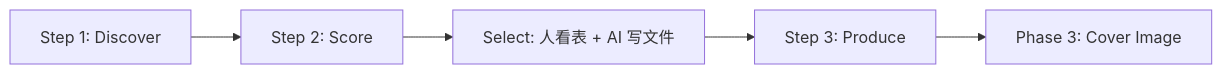
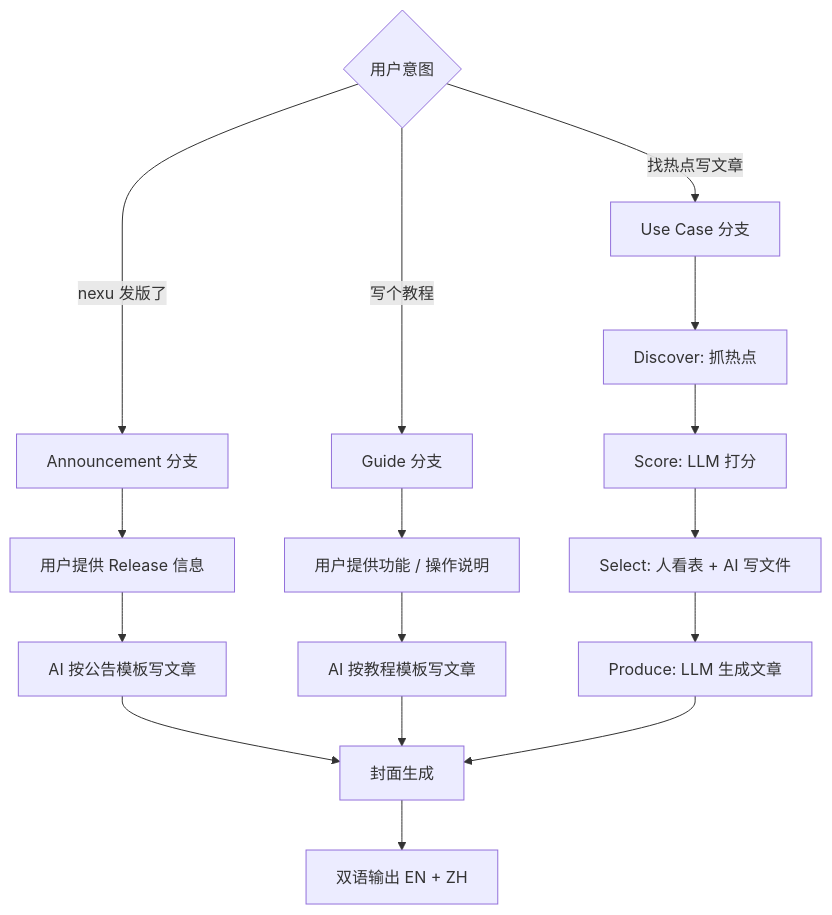
Before and after one commit to ashleyashli/seo-blog-factory: the second of 4 diagrams in .cursor/skills/blog-factory/SKILL.md, drawn with Mermaid. The commit also changed other lines of this file and 2 other files, not shown here.

First line of the commit message:
Add three blog type workflows (Announcement / Guide / Use Case)

````diff
--- a/.cursor/skills/blog-factory/SKILL.md
+++ b/.cursor/skills/blog-factory/SKILL.md
@@ -157,7 +157,22 @@
 ```mermaid
-graph LR
-    A[Step 1: Discover] --> B[Step 2: Score]
-    B --> C[Select: 人看表 + AI 写文件]
-    C --> D[Step 3: Produce]
-    D --> E[Phase 3: Cover Image]
+graph TD
+    START{用户意图} -->|"nexu 发版了"| ANN[Announcement 分支]
+    START -->|"写个教程"| GUIDE[Guide 分支]
+    START -->|"找热点写文章"| UC[Use Case 分支]
+
+    ANN --> ANN1[用户提供 Release 信息]
+    ANN1 --> ANN2[AI 按公告模板写文章]
+    ANN2 --> COVER[封面生成]
+
+    GUIDE --> G1[用户提供功能 / 操作说明]
+    G1 --> G2[AI 按教程模板写文章]
+    G2 --> COVER
+
+    UC --> UC1[Discover: 抓热点]
+    UC1 --> UC2[Score: LLM 打分]
+    UC2 --> UC3[Select: 人看表 + AI 写文件]
+    UC3 --> UC4[Produce: LLM 生成文章]
+    UC4 --> COVER
+
+    COVER --> OUTPUT["双语输出 EN + ZH"]
 ```
````
